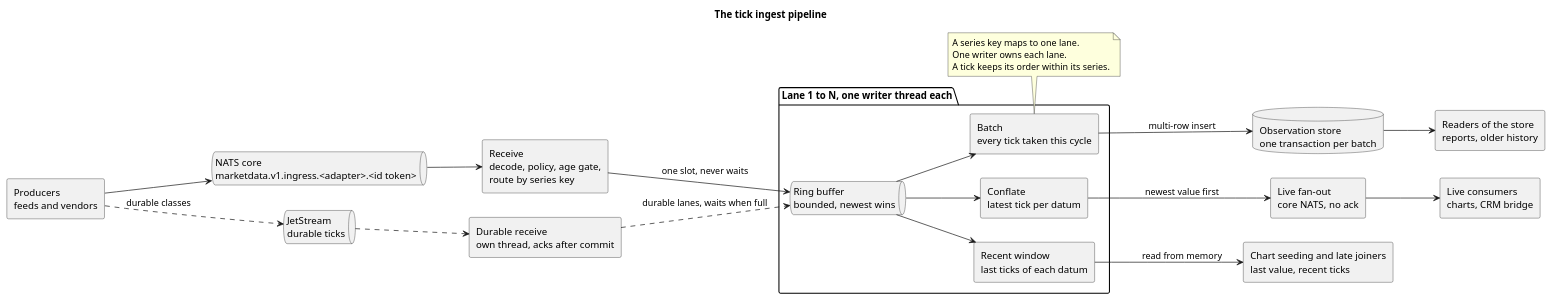
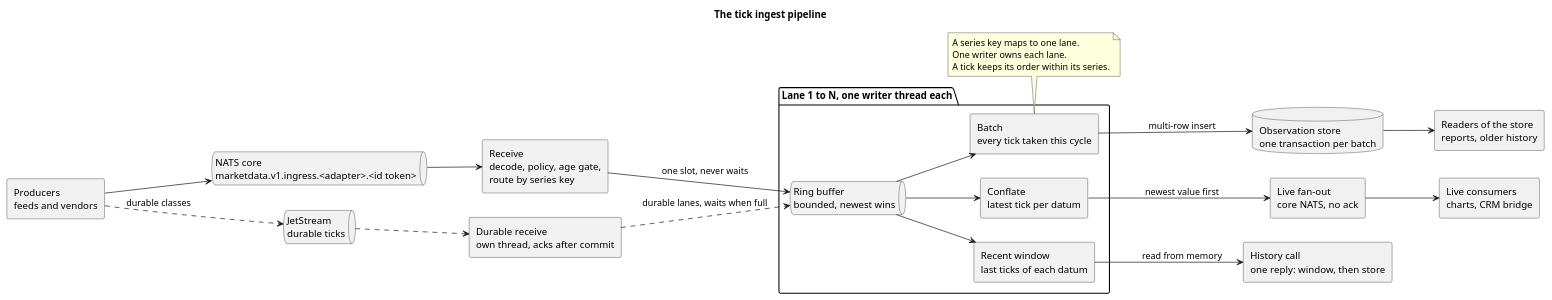
The diagram in doc/knowledge/architecture/tick_ingest_pipeline.puml (OreStudio/OreStudio), drawn with PlantUML before and after one commit. The commit also changed 14 other files, not shown here.

First line of the commit message:
[marketdata] Document the tick read: one history call and one live subscription

```diff
--- a/doc/knowledge/architecture/tick_ingest_pipeline.puml
+++ b/doc/knowledge/architecture/tick_ingest_pipeline.puml
@@ -18,48 +18,48 @@
 @startuml
 
 title The tick ingest pipeline
 
 left to right direction
 skinparam componentStyle rectangle
 
 rectangle "Producers\nfeeds and vendors" as prod
 queue "NATS core\nmarketdata.v1.ingress.<adapter>.<id token>" as nats
 rectangle "Receive\ndecode, policy, age gate,\nroute by series key" as recv
 queue "JetStream\ndurable ticks" as js
 rectangle "Durable receive\nown thread, acks after commit" as drecv
 
 package "Lane 1 to N, one writer thread each" {
     queue "Ring buffer\nbounded, newest wins" as ring
     rectangle "Conflate\nlatest tick per datum" as conf
     rectangle "Recent window\nlast ticks of each datum" as window
     rectangle "Batch\nevery tick taken this cycle" as batch
 }
 
 rectangle "Live fan-out\ncore NATS, no ack" as live
 database "Observation store\none transaction per batch" as db
 rectangle "Live consumers\ncharts, CRM bridge" as cons
 rectangle "Readers of the store\nreports, older history" as readers
-rectangle "Chart seeding and late joiners\nlast value, recent ticks" as seed
+rectangle "History call\none reply: window, then store" as seed
 
 prod --> nats
 prod ..> js : durable classes
 js ..> drecv
 drecv ..> ring : durable lanes, waits when full
 nats --> recv
 recv --> ring : one slot, never waits
 ring --> conf
 ring --> window
 ring --> batch
 conf --> live : newest value first
 live --> cons
 batch --> db : multi-row insert
 db --> readers
 window --> seed : read from memory
 
 note bottom of batch
     A series key maps to one lane.
     One writer owns each lane.
     A tick keeps its order within its series.
 end note
 
 @enduml
```
